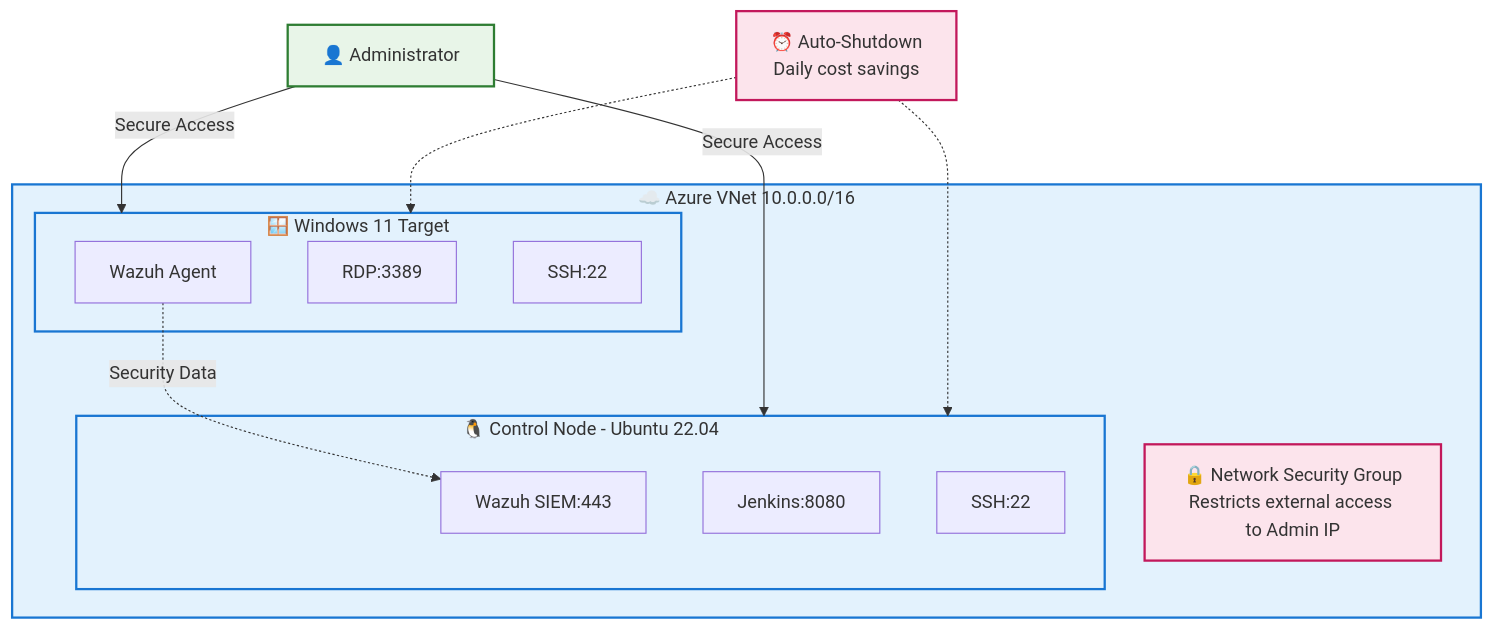
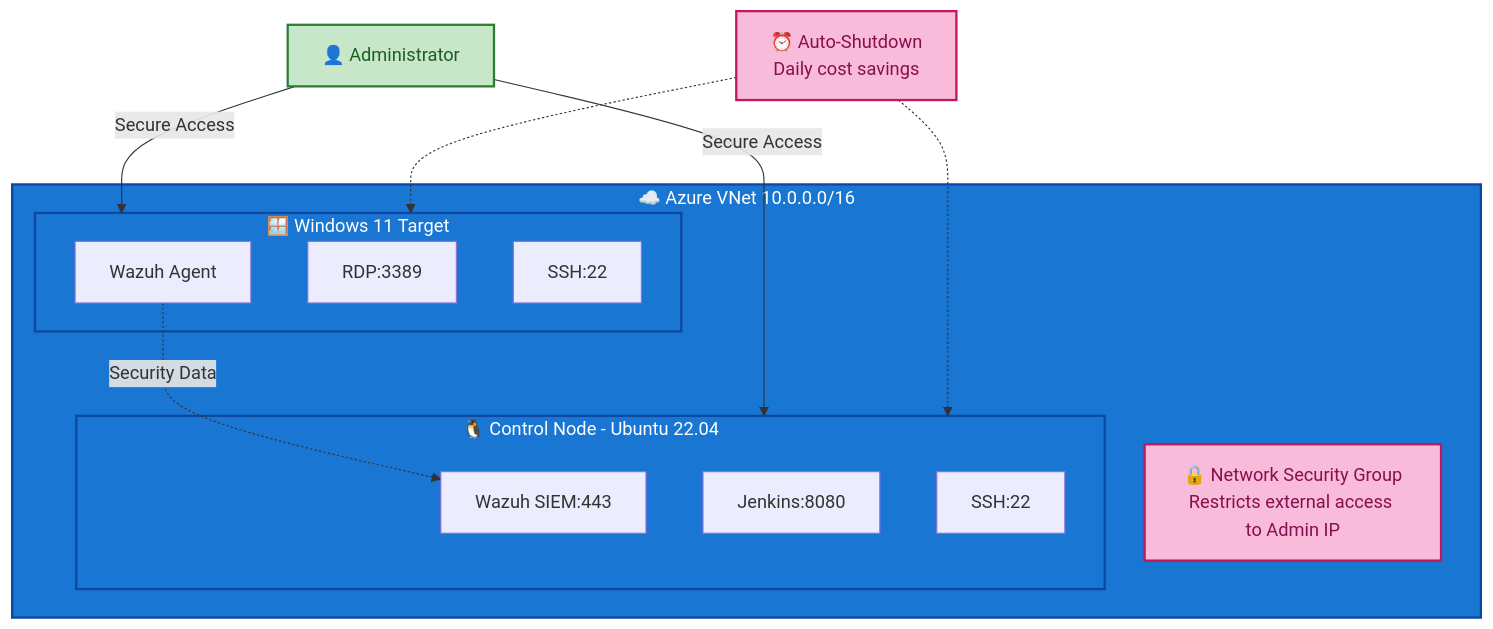
Before and after one commit to TheUniquePaulSmith/IaC-SOC-Sample: the diagram in README.md, drawn with Mermaid.

Commit message:
Update color, lol

````diff
--- a/README.md
+++ b/README.md
@@ -15,40 +15,40 @@
 ```mermaid
 graph TB
     Admin[👤 Administrator] 
     
     subgraph Azure[☁️ Azure VNet 10.0.0.0/16]
         subgraph Control[🐧 Control Node - Ubuntu 22.04]
             Wazuh[Wazuh SIEM:443]
             Jenkins[Jenkins:8080]
             SSH1[SSH:22]
         end
         
         subgraph Windows[🪟 Windows 11 Target]
             Agent[Wazuh Agent]
             RDP[RDP:3389]
             SSH2[SSH:22]
         end
         
         NSG[🔒 Network Security Group<br/>Restricts external access to Admin IP]
     end
     
     %% Admin access (restricted by NSG)
     Admin -->|Secure Access| Control
     Admin -->|Secure Access| Windows
     
     %% Internal monitoring
     Agent -.->|Security Data| Wazuh
     
     %% Auto-shutdown
     Schedule[⏰ Auto-Shutdown<br/>Daily cost savings]
     Schedule -.-> Control
     Schedule -.-> Windows
     
-    classDef admin fill:#e8f5e8,stroke:#2e7d32,stroke-width:2px
-    classDef azure fill:#e3f2fd,stroke:#1976d2,stroke-width:2px
-    classDef security fill:#fce4ec,stroke:#c2185b,stroke-width:2px
+    classDef admin fill:#c8e6c9,stroke:#2e7d32,stroke-width:2px,color:#1b5e20
+    classDef azure fill:#1976d2,stroke:#0d47a1,stroke-width:2px,color:#ffffff
+    classDef security fill:#f8bbd9,stroke:#c2185b,stroke-width:2px,color:#880e4f
     
     class Admin admin
     class Azure,Control,Windows azure
     class NSG,Schedule security
 ```
````
